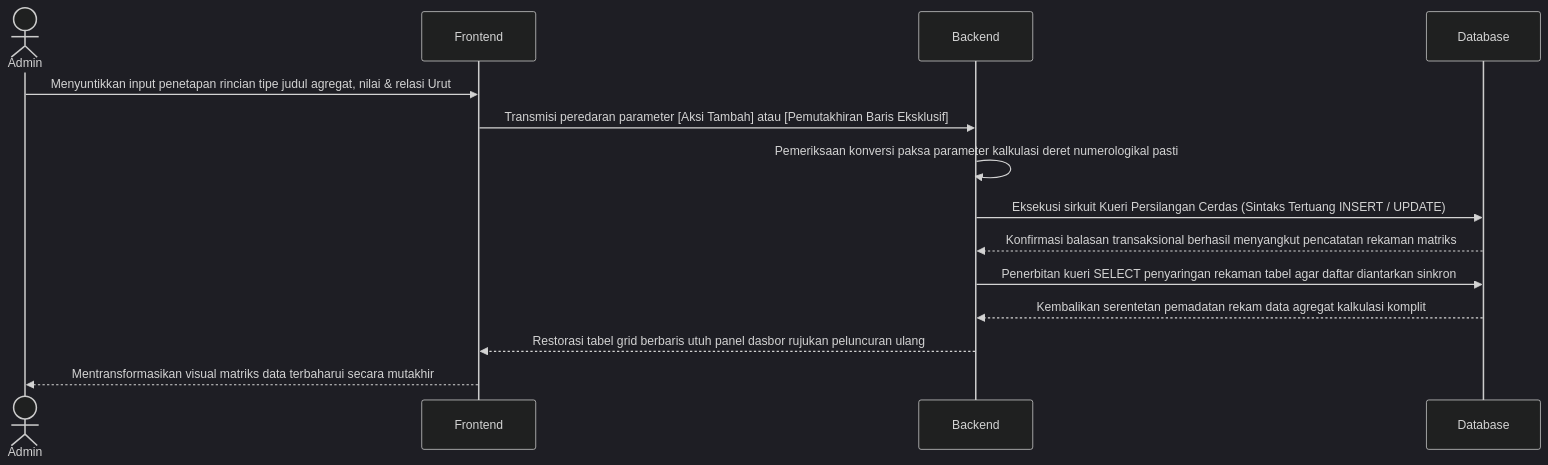
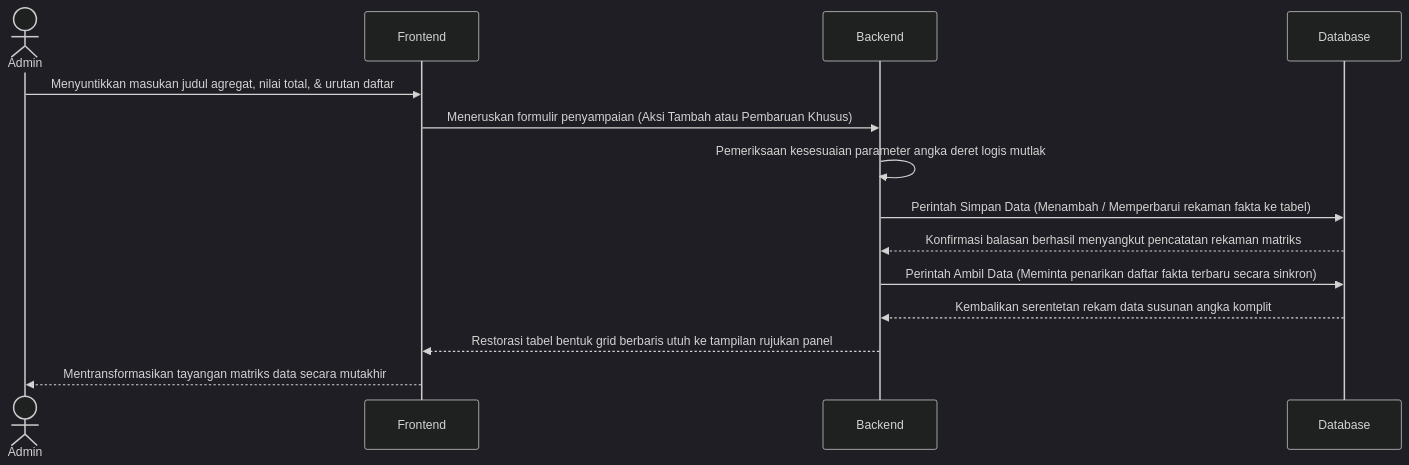
One commit to arbain-dev/Web_fikom changed the third of 4 diagrams in docs/02_DIAGRAM_URUTAN_SEQUENCE.md. Above: the diagram before and after it, drawn with Mermaid (dark theme). The commit also changed other lines of this file, not shown here.

Commit message:
docs: menyederhanakan bahasa teknis tingkat tinggi (HTTP POST/Execute Query) pada Diagram Sequence

````diff
--- a/docs/02_DIAGRAM_URUTAN_SEQUENCE.md
+++ b/docs/02_DIAGRAM_URUTAN_SEQUENCE.md
@@ -53,17 +53,17 @@
 ```mermaid
 sequenceDiagram
     actor Admin
     participant Frontend as Frontend
     participant Backend as Backend
     participant Database as Database
     
-    Admin->>Frontend: Menyuntikkan input penetapan rincian tipe judul agregat, nilai & relasi Urut
-    Frontend->>Backend: Transmisi peredaran parameter [Aksi Tambah] atau [Pemutakhiran Baris Eksklusif]
-    Backend->>Backend: Pemeriksaan konversi paksa parameter kalkulasi deret numerologikal pasti
-    Backend->>Database: Eksekusi sirkuit Kueri Persilangan Cerdas (Sintaks Tertuang INSERT / UPDATE)
-    Database-->>Backend: Konfirmasi balasan transaksional berhasil menyangkut pencatatan rekaman matriks
-    Backend->>Database: Penerbitan kueri SELECT penyaringan rekaman tabel agar daftar diantarkan sinkron
-    Database-->>Backend: Kembalikan serentetan pemadatan rekam data agregat kalkulasi komplit
-    Backend-->>Frontend: Restorasi tabel grid berbaris utuh panel dasbor rujukan peluncuran ulang
-    Frontend-->>Admin: Mentransformasikan visual matriks data terbaharui secara mutakhir
+    Admin->>Frontend: Menyuntikkan masukan judul agregat, nilai total, & urutan daftar
+    Frontend->>Backend: Meneruskan formulir penyampaian (Aksi Tambah atau Pembaruan Khusus)
+    Backend->>Backend: Pemeriksaan kesesuaian parameter angka deret logis mutlak
+    Backend->>Database: Perintah Simpan Data (Menambah / Memperbarui rekaman fakta ke tabel)
+    Database-->>Backend: Konfirmasi balasan berhasil menyangkut pencatatan rekaman matriks
+    Backend->>Database: Perintah Ambil Data (Meminta penarikan daftar fakta terbaru secara sinkron)
+    Database-->>Backend: Kembalikan serentetan rekam data susunan angka komplit
+    Backend-->>Frontend: Restorasi tabel bentuk grid berbaris utuh ke tampilan rujukan panel
+    Frontend-->>Admin: Mentransformasikan tayangan matriks data secara mutakhir
 ```
````
